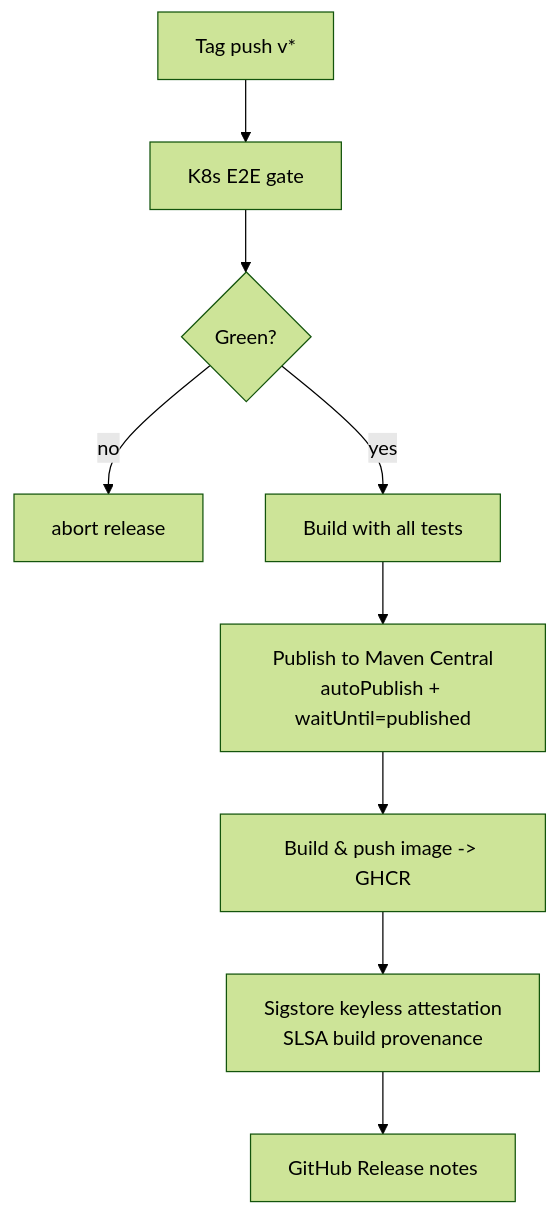
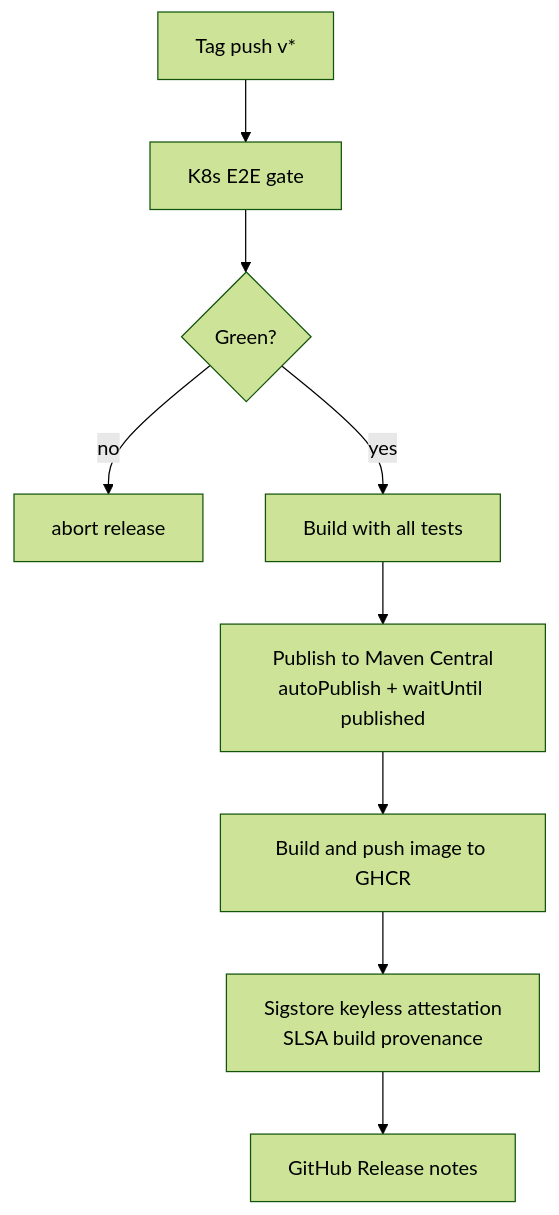
The diagram in docs/release-process.md (kzmlabs/flink-statefun), drawn with Mermaid (forest theme) before and after one commit. The commit also changed 7 other files, not shown here.

First line of the commit message:
fix(docs): quote mermaid node/edge labels with special chars

````diff
--- a/docs/release-process.md
+++ b/docs/release-process.md
@@ -32,11 +32,11 @@
 ```mermaid
 flowchart TB
-    A[Tag push v*] --> B[K8s E2E gate]
+    A["Tag push v*"] --> B[K8s E2E gate]
     B --> C{Green?}
     C -->|no| Abort[abort release]
     C -->|yes| Build[Build with all tests]
-    Build --> Publish[Publish to Maven Central<br/>autoPublish + waitUntil=published]
-    Publish --> Image[Build &amp; push image -> GHCR]
-    Image --> Attest[Sigstore keyless attestation<br/>SLSA build provenance]
+    Build --> Publish["Publish to Maven Central<br/>autoPublish + waitUntil published"]
+    Publish --> Image["Build and push image to GHCR"]
+    Image --> Attest["Sigstore keyless attestation<br/>SLSA build provenance"]
     Attest --> Release[GitHub Release notes]
 ```
````
